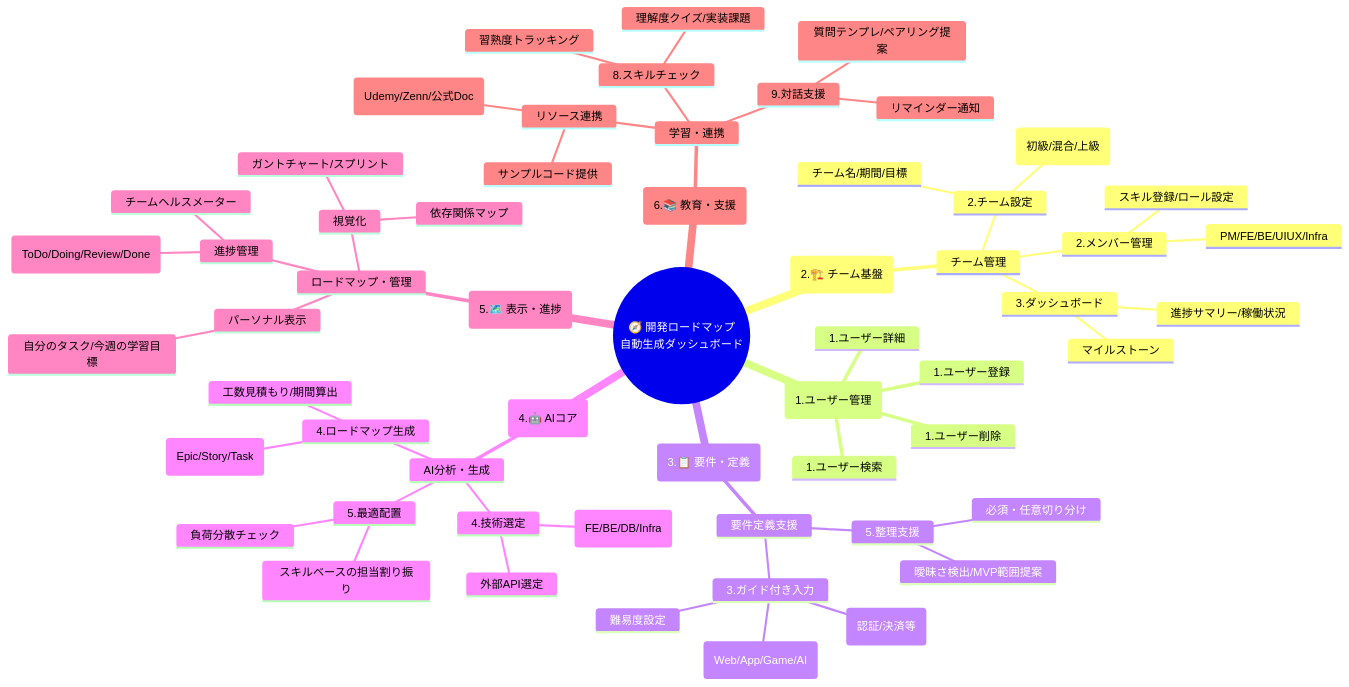
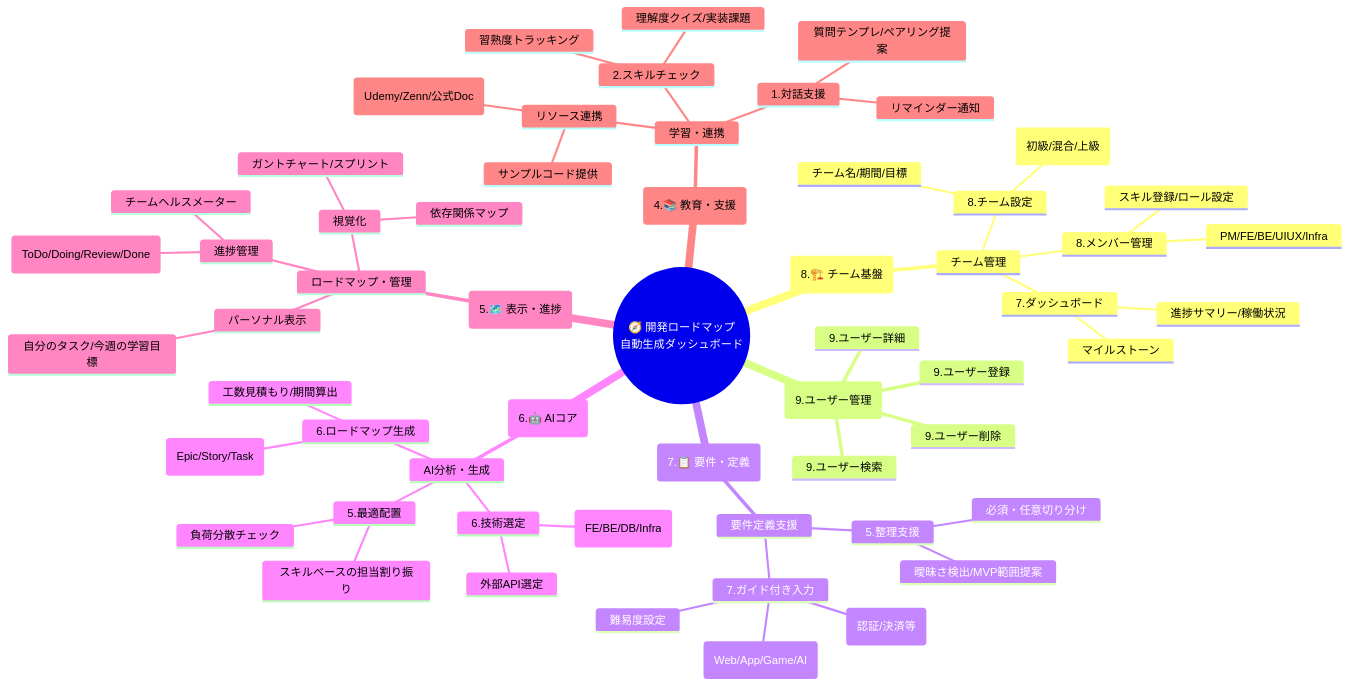
One commit to oto1720/mermaid changed the first of 4 diagrams in roadmap-dashboard-system.md. Above: the diagram before and after it, drawn with Mermaid.

Commit message:
Update roadmap sections and numbering

````diff
--- a/roadmap-dashboard-system.md
+++ b/roadmap-dashboard-system.md
@@ -5,75 +5,75 @@
 ```mermaid
 mindmap
   root((🧭 開発ロードマップ<br/>自動生成ダッシュボード))
-    (2.🏗️ チーム基盤)
+    (8.🏗️ チーム基盤)
         ::icon(fa fa-users)
         チーム管理
-            2.チーム設定
+            8.チーム設定
                 チーム名/期間/目標
                 レベル選定(初級/混合/上級)
-            2.メンバー管理
+            8.メンバー管理
                 スキル登録/ロール設定
                 PM/FE/BE/UIUX/Infra
-            3.ダッシュボード
+            7.ダッシュボード
                 進捗サマリー/稼働状況
                 マイルストーン
     
   
-    (1.ユーザー管理)
+    (9.ユーザー管理)
         ::icon(fa fa-clipboard-list)
-          1.ユーザー登録
-          1.ユーザー検索
-          1.ユーザー詳細
-          1.ユーザー削除
+          9.ユーザー登録
+          9.ユーザー検索
+          9.ユーザー詳細
+          9.ユーザー削除
 
 
-    (3.📋 要件・定義)
+    (7.📋 要件・定義)
         ::icon(fa fa-clipboard-list)
         要件定義支援
-            3.ガイド付き入力
+            7.ガイド付き入力
                 種別選択(Web/App/Game/AI)
                 機能チェックリスト(認証/決済等)
                 難易度設定
             5.整理支援
                 曖昧さ検出/MVP範囲提案
                 必須・任意切り分け
 
-    (4.🤖 AIコア)
+    (6.🤖 AIコア)
         ::icon(fa fa-robot)
         AI分析・生成
-            4.技術選定
+            6.技術選定
                 Stack推薦(FE/BE/DB/Infra)
                 外部API選定
-            4.ロードマップ生成
+            6.ロードマップ生成
                 タスク分解(Epic/Story/Task)
                 工数見積もり/期間算出
             5.最適配置
                 スキルベースの担当割り振り
                 負荷分散チェック
 
     (5.🗺️ 表示・進捗)
         ::icon(fa fa-map)
         ロードマップ・管理
             視覚化
                 ガントチャート/スプリント
                 依存関係マップ
             進捗管理
                 カンバン(ToDo/Doing/Review/Done)
                 チームヘルスメーター
             パーソナル表示
                 自分のタスク/今週の学習目標
 
-    (6.📚 教育・支援)
+    (4.📚 教育・支援)
         ::icon(fa fa-book)
         学習・連携
             リソース連携
                 教材推薦(Udemy/Zenn/公式Doc)
                 サンプルコード提供
-            8.スキルチェック
+            2.スキルチェック
                 理解度クイズ/実装課題
                 習熟度トラッキング
-            9.対話支援
+            1.対話支援
                 質問テンプレ/ペアリング提案
                 リマインダー通知
 
 ```
````
